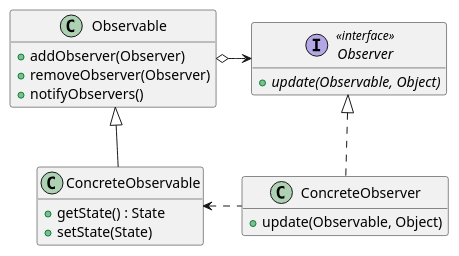
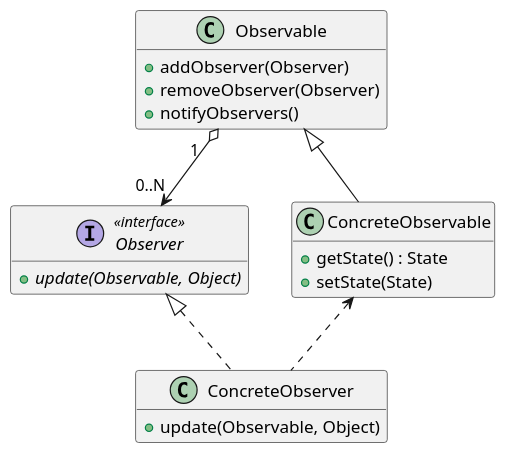
Before and after one commit to MarcoBuster/sweng: the third of 3 diagrams in src/08_patterns/08_observer.md, drawn with PlantUML. The commit also changed other lines of this file, not shown here.

Commit message:
Fix diagrams and notes for observer pattern

````diff
--- a/src/08_patterns/08_observer.md
+++ b/src/08_patterns/08_observer.md
@@ -50,22 +52,24 @@
 ```plantuml
 @startuml
+scale 500 width
+
 class Observable {
     + addObserver(Observer)
     + removeObserver(Observer)
     + notifyObservers()
 }
 interface Observer << interface >> {
     + {abstract} update(Observable, Object)
 }
-Observable o-> Observer
 class ConcreteObserver implements Observer {
     + update(Observable, Object)
 }
 class ConcreteObservable extends Observable {
     + getState() : State
     + setState(State)
 }
-ConcreteObservable <. ConcreteObserver
+Observable "1   " o---r---> "0..N" Observer
+ConcreteObservable <-. ConcreteObserver
 hide empty fields
 @enduml
 ```
````
